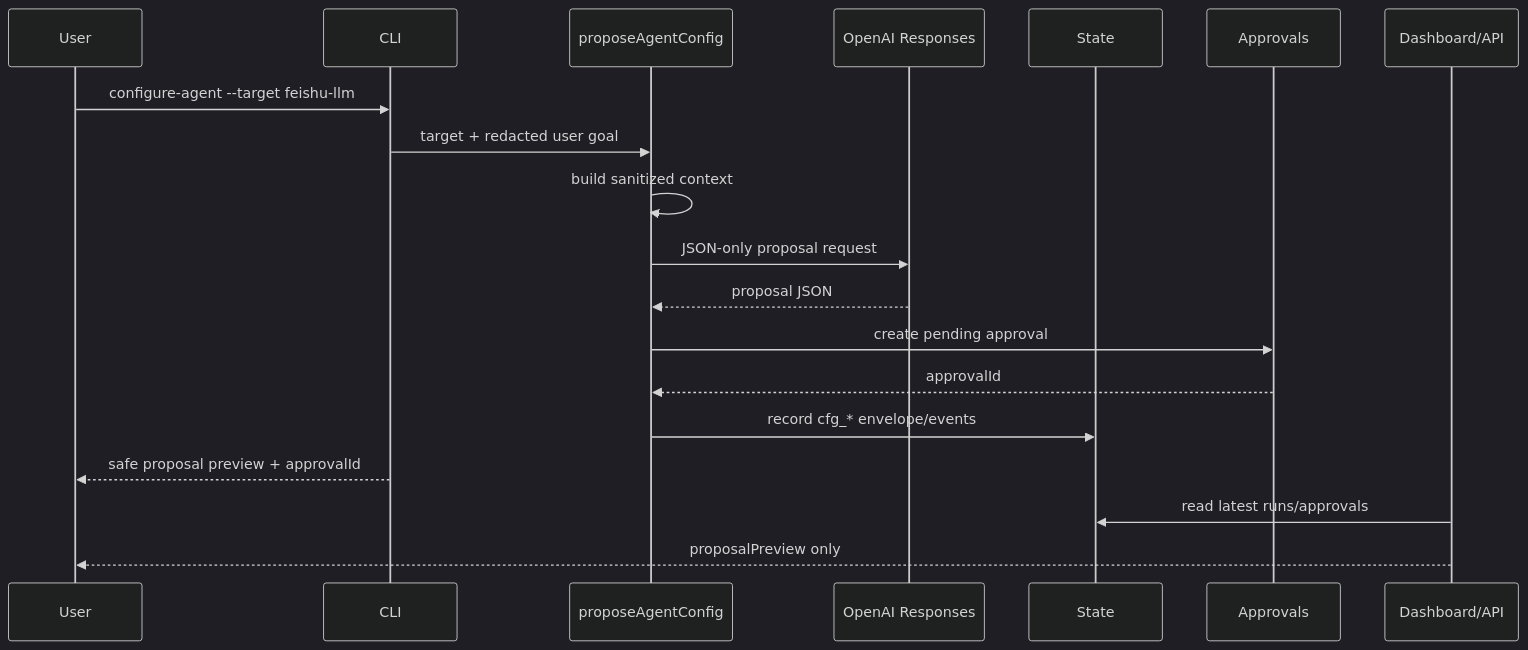
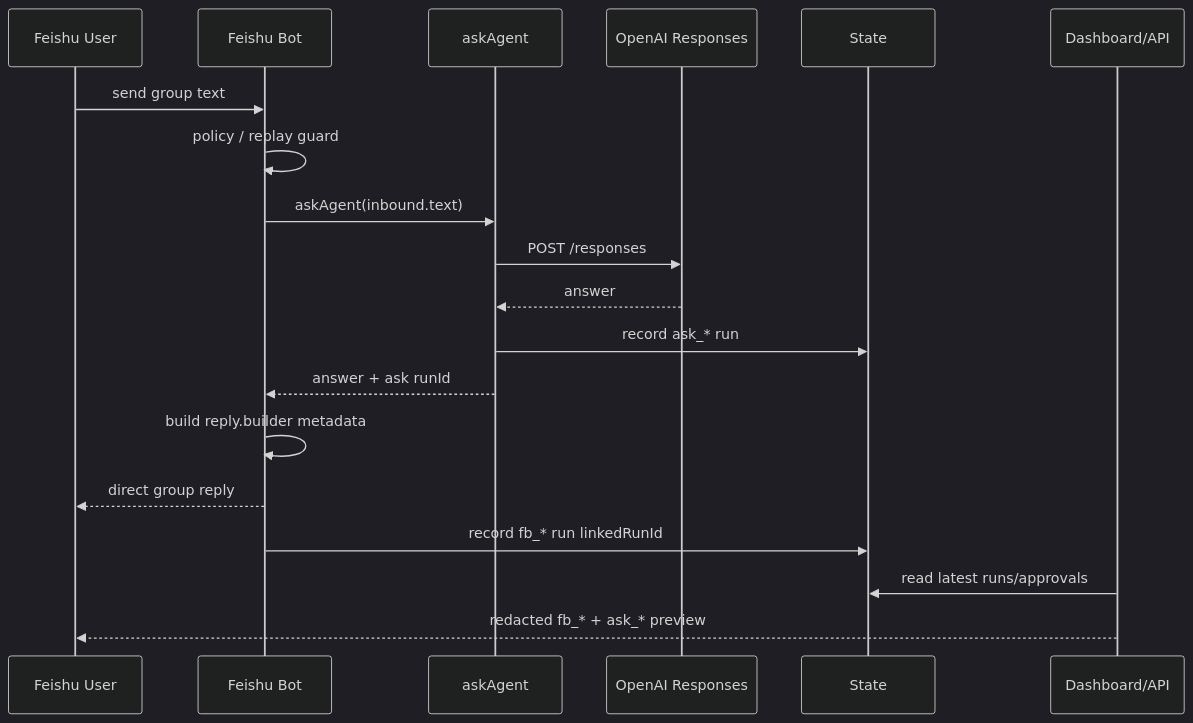
The fifth of 9 diagrams in docs/implementation-architecture.md (mayf3/myclaw), drawn with Mermaid (dark theme) before and after one commit. The commit also changed other lines of this file and 30 other files, not shown here.

Commit message:
feat: link feishu llm replies to ask runs

````diff
--- a/docs/implementation-architecture.md
+++ b/docs/implementation-architecture.md
@@ -145,22 +147,22 @@
 ```mermaid
 sequenceDiagram
-  participant U as User
-  participant C as CLI
-  participant A as proposeAgentConfig
+  participant U as Feishu User
+  participant B as Feishu Bot
+  participant A as askAgent
   participant O as OpenAI Responses
   participant S as State
-  participant P as Approvals
   participant D as Dashboard/API
 
-  U->>C: configure-agent --target feishu-llm
-  C->>A: target + redacted user goal
-  A->>A: build sanitized context
-  A->>O: JSON-only proposal request
-  O-->>A: proposal JSON
-  A->>P: create pending approval
-  P-->>A: approvalId
-  A->>S: record cfg_* envelope/events
-  C-->>U: safe proposal preview + approvalId
+  U->>B: send group text
+  B->>B: policy / replay guard
+  B->>A: askAgent(inbound.text)
+  A->>O: POST /responses
+  O-->>A: answer
+  A->>S: record ask_* run
+  A-->>B: answer + ask runId
+  B->>B: build reply.builder metadata
+  B-->>U: direct group reply
+  B->>S: record fb_* run linkedRunId
   D->>S: read latest runs/approvals
-  D-->>U: proposalPreview only
+  D-->>U: redacted fb_* + ask_* preview
 ```
````
